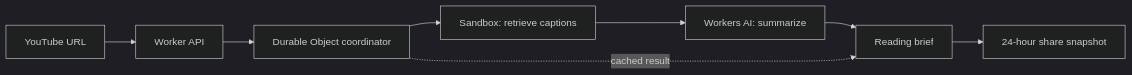
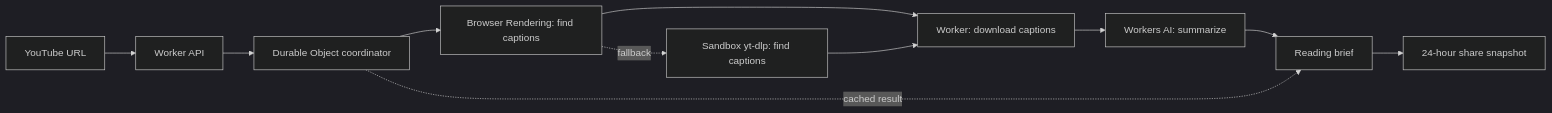
Before and after one commit to simonhimself/ytdw: the diagram in README.md, drawn with Mermaid (dark theme). The commit also changed other lines of this file and 12 other files, not shown here.

First line of the commit message:
feat(transcripts): use Browser Rendering first, Sandbox yt-dlp as fallback

````diff
--- a/README.md
+++ b/README.md
@@ -29,10 +29,13 @@
 ```mermaid
 flowchart LR
     URL[YouTube URL] --> API[Worker API]
     API --> Queue[Durable Object coordinator]
-    Queue --> Captions[Sandbox: retrieve captions]
+    Queue --> Browser[Browser Rendering: find captions]
+    Browser -. fallback .-> Sandbox[Sandbox yt-dlp: find captions]
+    Browser --> Captions[Worker: download captions]
+    Sandbox --> Captions
     Captions --> AI[Workers AI: summarize]
     AI --> Brief[Reading brief]
     Queue -. cached result .-> Brief
     Brief --> Share[24-hour share snapshot]
 ```
````
